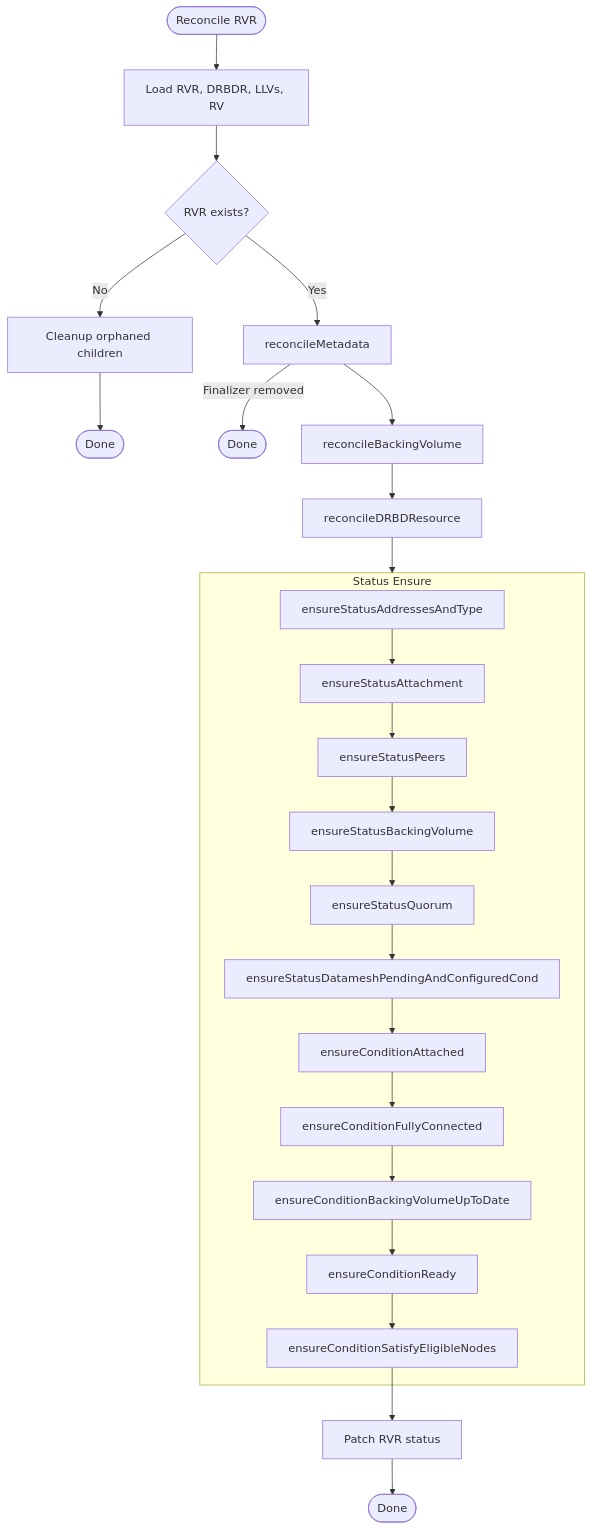
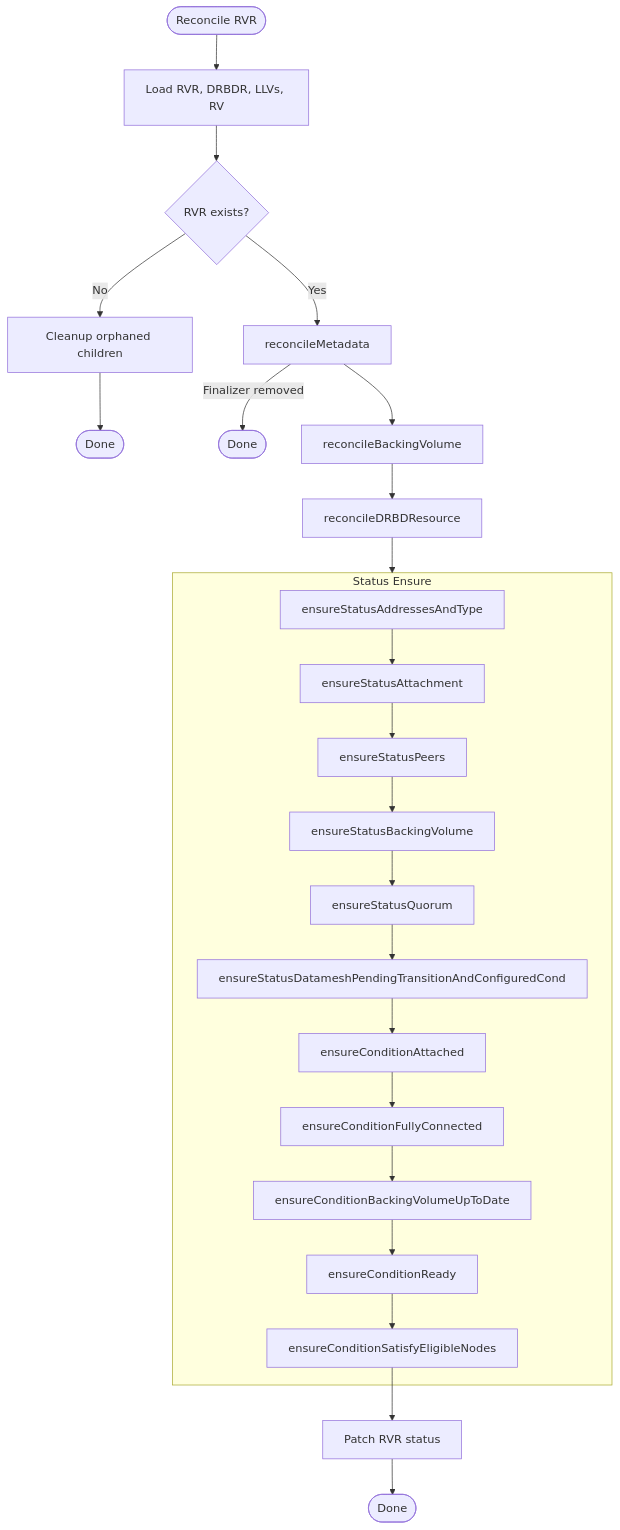
One commit to deckhouse/sds-replicated-volume changed the first of 15 diagrams in images/controller/internal/controllers/rvr_controller/README.md. Above: the diagram before and after it, drawn with Mermaid. The commit also changed other lines of this file and 11 other files, not shown here.

First line of the commit message:
[controller] Extend RV controller skeleton with datamesh transition tracking

````diff
--- a/images/controller/internal/controllers/rvr_controller/README.md
+++ b/images/controller/internal/controllers/rvr_controller/README.md
@@ -123,32 +123,32 @@
 ```mermaid
 flowchart TD
     Start([Reconcile RVR]) --> Load[Load RVR, DRBDR, LLVs, RV]
     Load --> CheckExists{RVR exists?}
 
     CheckExists -->|No| Cleanup[Cleanup orphaned children]
     Cleanup --> Done1([Done])
 
     CheckExists -->|Yes| Meta[reconcileMetadata]
     Meta -->|Finalizer removed| Done2([Done])
     Meta --> BV[reconcileBackingVolume]
     BV --> DRBDR[reconcileDRBDResource]
 
     DRBDR --> StatusBlock
 
     subgraph StatusBlock [Status Ensure]
         AddrType[ensureStatusAddressesAndType]
         AddrType --> StatusAttach[ensureStatusAttachment]
         StatusAttach --> Peers[ensureStatusPeers]
         Peers --> BVStatus[ensureStatusBackingVolume]
         BVStatus --> StatusQuorum[ensureStatusQuorum]
-        StatusQuorum --> DmPendingAndCond[ensureStatusDatameshPendingAndConfiguredCond]
+        StatusQuorum --> DmPendingAndCond[ensureStatusDatameshPendingTransitionAndConfiguredCond]
         DmPendingAndCond --> CondAttach[ensureConditionAttached]
         CondAttach --> PeersCond[ensureConditionFullyConnected]
         PeersCond --> BVInSync[ensureConditionBackingVolumeUpToDate]
         BVInSync --> CondReady[ensureConditionReady]
         CondReady --> SEN[ensureConditionSatisfyEligibleNodes]
     end
 
     SEN --> Patch[Patch RVR status]
     Patch --> EndNode([Done])
 ```
````
